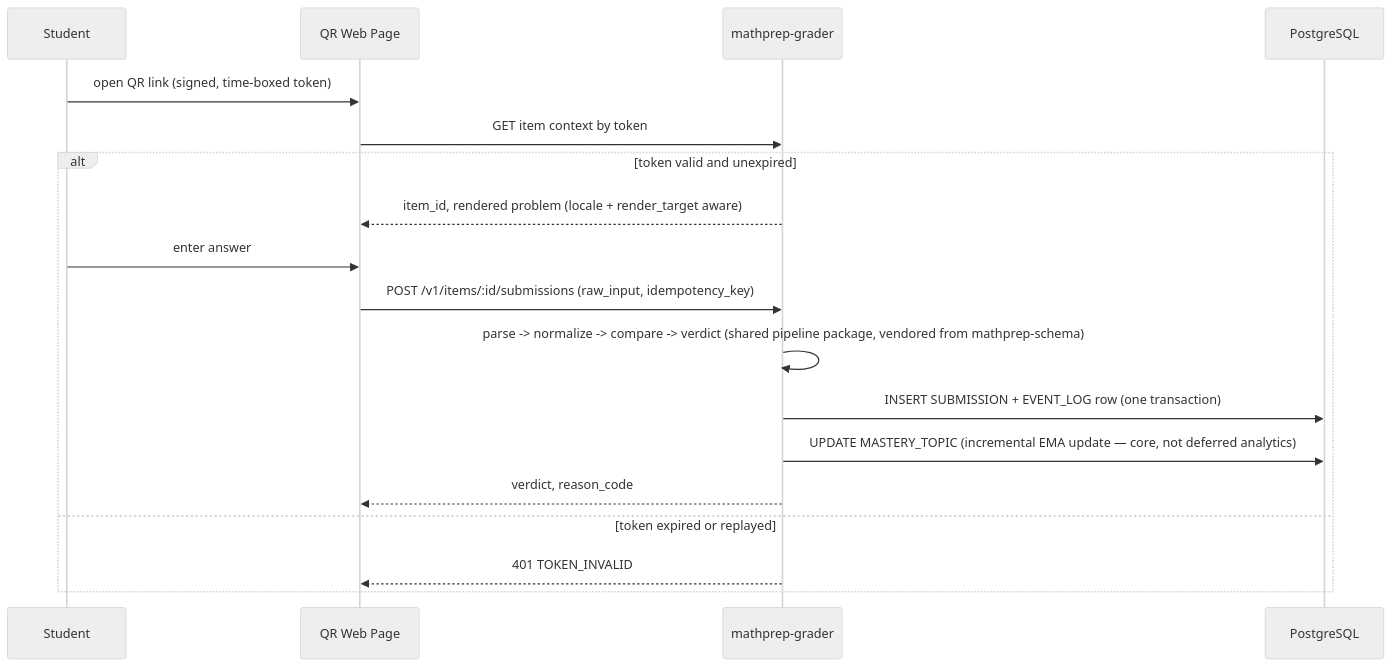
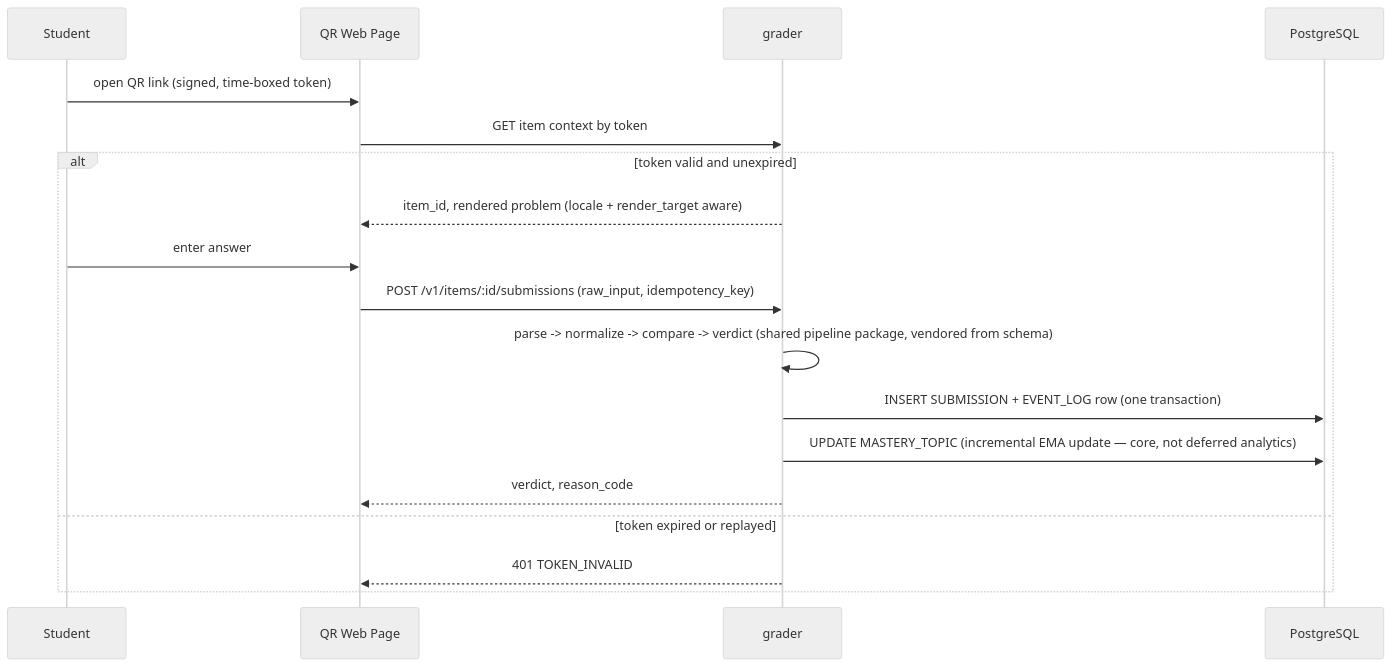
Before and after one commit to berdsa/mathprep_schema: the third of 4 diagrams in docs/srd/03-architecture.md, drawn with Mermaid (neutral theme). The commit also changed other lines of this file and 75 other files, not shown here.

Commit message:
commiting updated docs, and graphify files

````diff
--- a/docs/srd/03-architecture.md
+++ b/docs/srd/03-architecture.md
@@ -54,21 +54,21 @@
 ```mermaid
 sequenceDiagram
     participant Student
     participant Web as QR Web Page
-    participant GR as mathprep-grader
+    participant GR as grader
     participant DB as PostgreSQL
 
     Student->>Web: open QR link (signed, time-boxed token)
     Web->>GR: GET item context by token
     alt token valid and unexpired
         GR-->>Web: item_id, rendered problem (locale + render_target aware)
         Student->>Web: enter answer
         Web->>GR: POST /v1/items/:id/submissions (raw_input, idempotency_key)
-        GR->>GR: parse -> normalize -> compare -> verdict (shared pipeline package, vendored from mathprep-schema)
+        GR->>GR: parse -> normalize -> compare -> verdict (shared pipeline package, vendored from schema)
         GR->>DB: INSERT SUBMISSION + EVENT_LOG row (one transaction)
         GR->>DB: UPDATE MASTERY_TOPIC (incremental EMA update — core, not deferred analytics)
         GR-->>Web: verdict, reason_code
     else token expired or replayed
         GR-->>Web: 401 TOKEN_INVALID
     end
 ```
````
